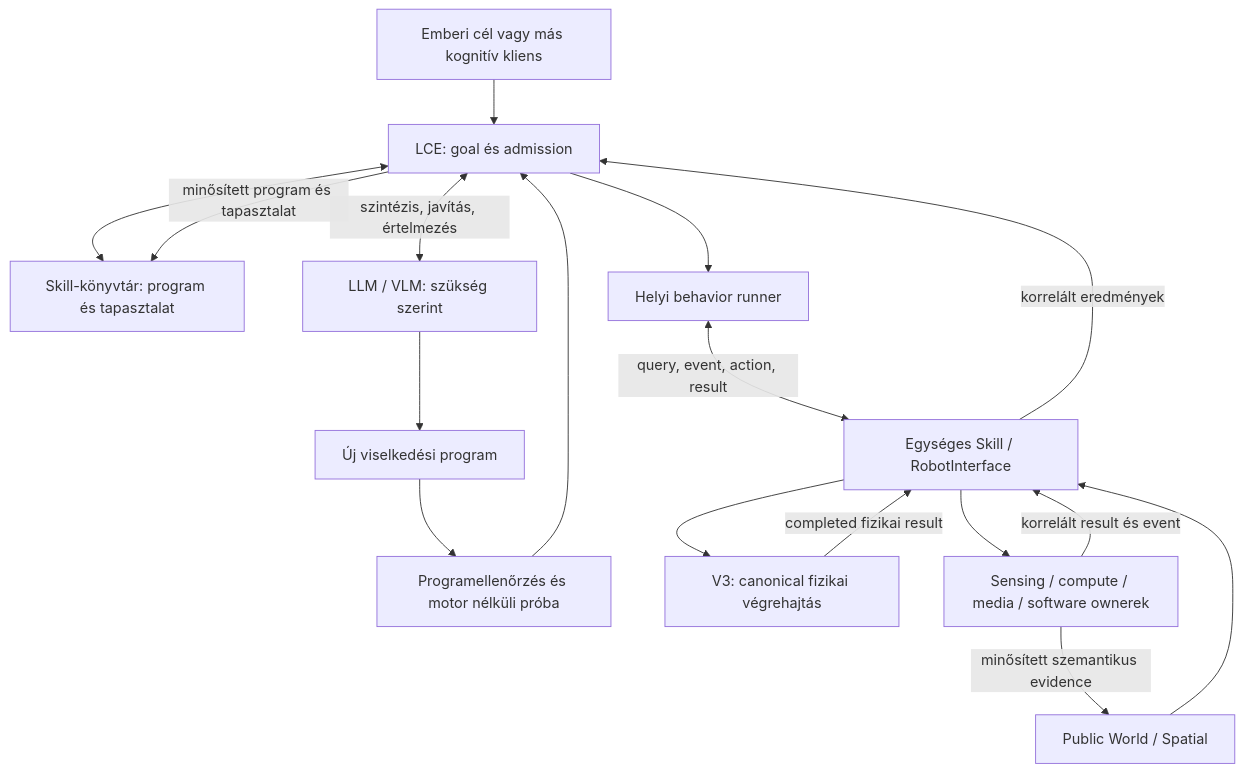
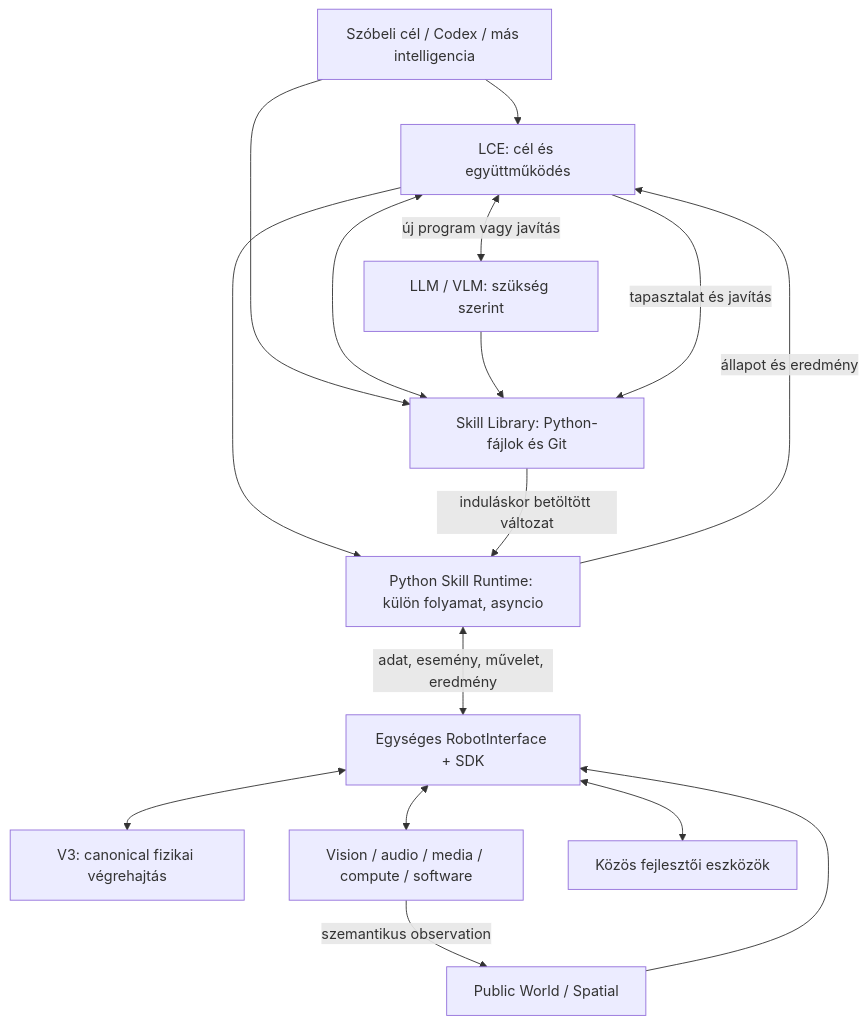
One commit to Francigofree/r2b4 changed the diagram in docs/LCE_LLM_COOPERATION_PLAN.md. Above: the diagram before and after it, drawn with Mermaid. The commit also changed other lines of this file and 1 other file, not shown here.

````diff
--- a/docs/LCE_LLM_COOPERATION_PLAN.md
+++ b/docs/LCE_LLM_COOPERATION_PLAN.md
@@ -66,19 +70,18 @@
 ```mermaid
 flowchart TD
-    U[Emberi cél vagy más kognitív kliens] --> L[LCE: goal és admission]
-    L <--> K[Skill-könyvtár: program és tapasztalat]
-    L <-->|szintézis, javítás, értelmezés| M[LLM / VLM: szükség szerint]
-    M --> P[Új viselkedési program]
-    P --> T[Programellenőrzés és motor nélküli próba]
-    T --> L
-    L --> R[Helyi behavior runner]
-    R <-->|query, event, action, result| I[Egységes Skill / RobotInterface]
-    I --> V[V3: canonical fizikai végrehajtás]
-    I --> O[Sensing / compute / media / software ownerek]
-    O -->|korrelált result és event| I
-    V -->|completed fizikai result| I
-    O -->|minősített szemantikus evidence| W[Public World / Spatial]
+    U[Szóbeli cél / Codex / más intelligencia] --> L[LCE: cél és együttműködés]
+    U --> K[Skill Library: Python-fájlok és Git]
+    L <--> K
+    L <-->|új program vagy javítás| M[LLM / VLM: szükség szerint]
+    M --> K
+    L --> R[Python Skill Runtime: külön folyamat, asyncio]
+    K -->|induláskor betöltött változat| R
+    R <-->|adat, esemény, művelet, eredmény| I[Egységes RobotInterface + SDK]
+    I <--> V[V3: canonical fizikai végrehajtás]
+    I <--> O[Vision / audio / media / compute / software]
+    O -->|szemantikus observation| W[Public World / Spatial]
     W --> I
-    I -->|korrelált eredmények| L
-    L -->|minősített program és tapasztalat| K
+    I <--> D[Közös fejlesztői eszközök]
+    R -->|állapot és eredmény| L
+    L -->|tapasztalat és javítás| K
 ```
````
